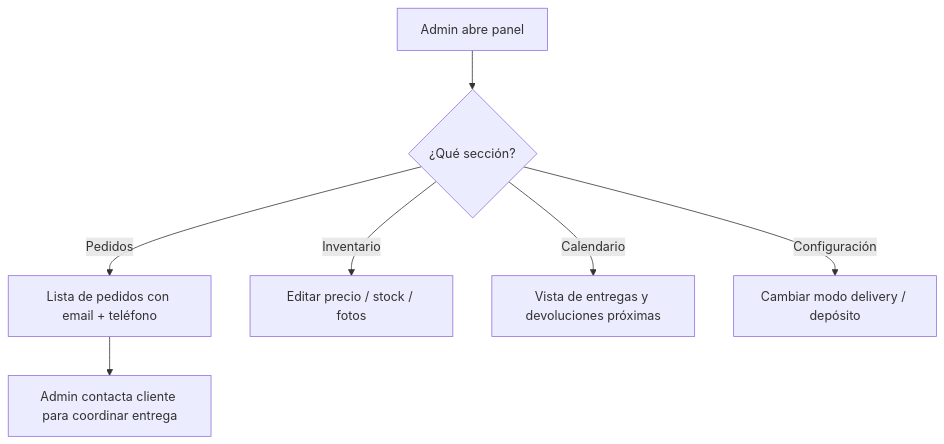
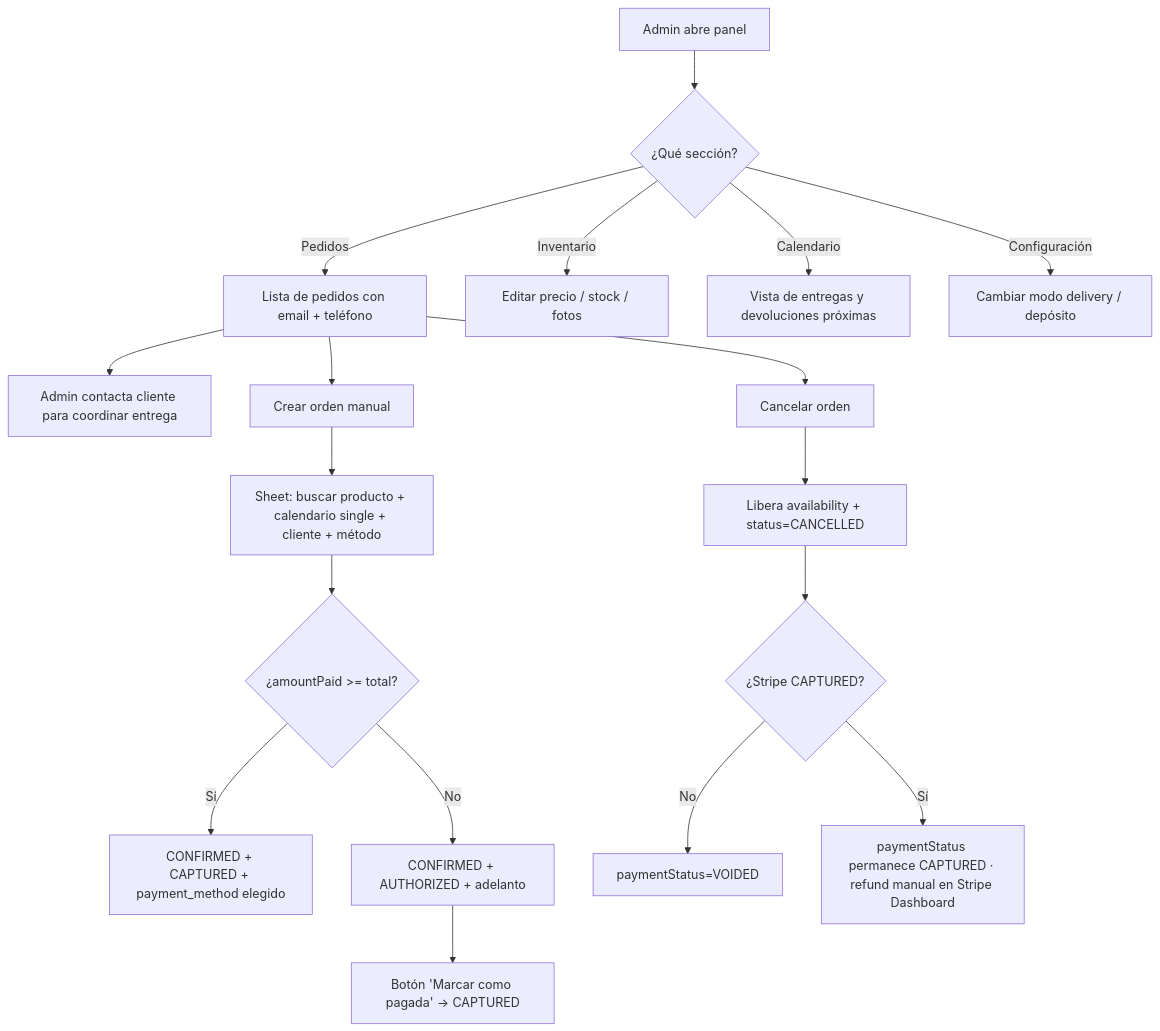
The third of 5 diagrams in docs/flows.md (arturoxdev/ecomerce), drawn with Mermaid before and after one commit. The commit also changed other lines of this file and 40 other files, not shown here.

````diff
--- a/docs/flows.md
+++ b/docs/flows.md
@@ -75,9 +75,20 @@
 ```mermaid
 flowchart TD
     A[Admin abre panel] --> B{¿Qué sección?}
     B -->|Pedidos| C[Lista de pedidos con email + teléfono]
     C --> D[Admin contacta cliente para coordinar entrega]
+    C --> M[Crear orden manual]
+    M --> M1[Sheet: buscar producto + calendario single + cliente + método]
+    M1 --> M2{¿amountPaid >= total?}
+    M2 -->|Sí| M3[CONFIRMED + CAPTURED + payment_method elegido]
+    M2 -->|No| M4[CONFIRMED + AUTHORIZED + adelanto]
+    M4 --> M5[Botón 'Marcar como pagada' → CAPTURED]
+    C --> CN[Cancelar orden]
+    CN --> CN1[Libera availability + status=CANCELLED]
+    CN1 --> CN2{¿Stripe CAPTURED?}
+    CN2 -->|No| CN3[paymentStatus=VOIDED]
+    CN2 -->|Sí| CN4[paymentStatus permanece CAPTURED · refund manual en Stripe Dashboard]
     B -->|Inventario| E[Editar precio / stock / fotos]
     B -->|Calendario| F[Vista de entregas y devoluciones próximas]
     B -->|Configuración| G[Cambiar modo delivery / depósito]
 ```
````
